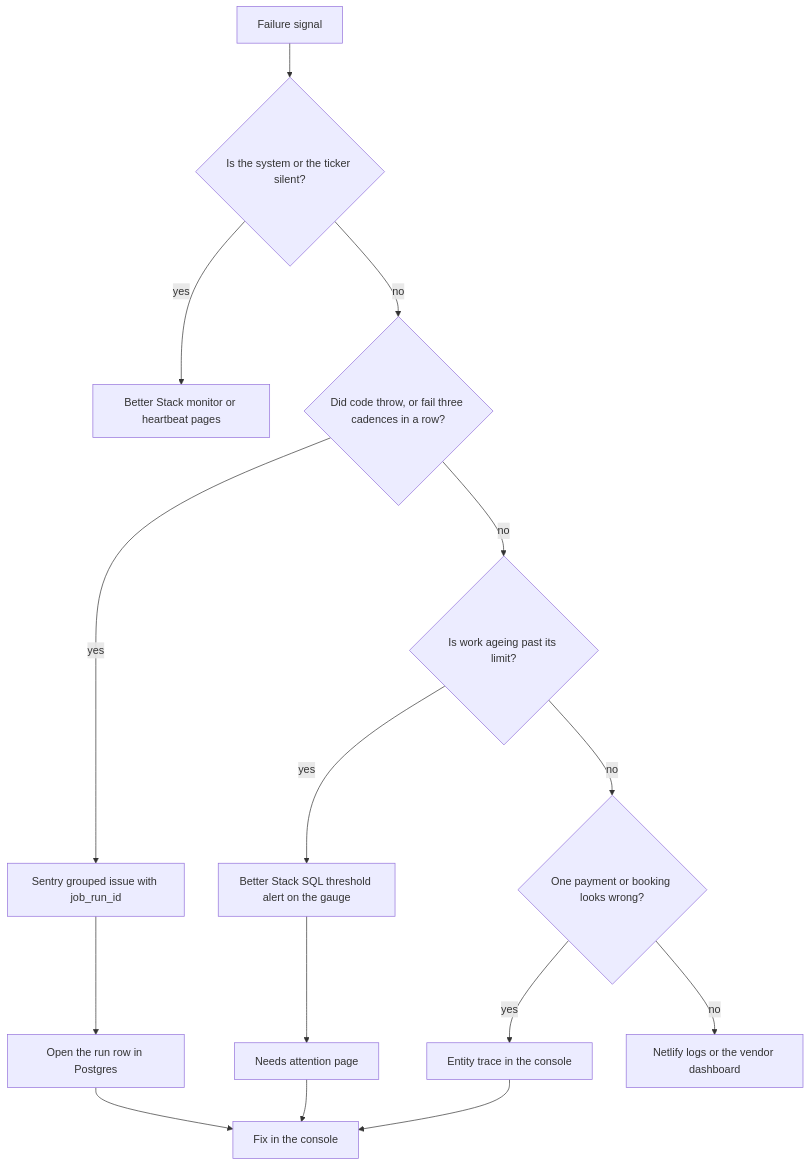
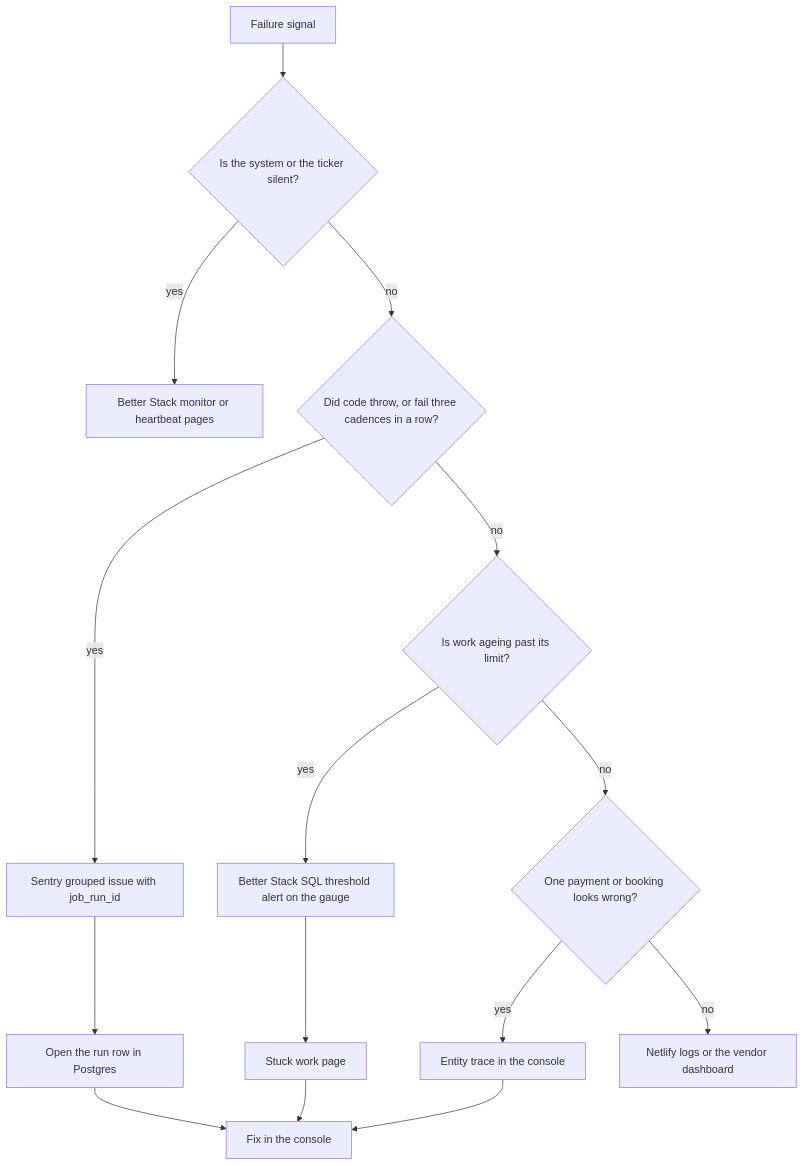
Before and after one commit to Practitionist/familiarise_web: the first of 2 diagrams in docs/observability/01-ownership-sentry-betterstack.md, drawn with Mermaid. The commit also changed other lines of this file and 12 other files, not shown here.

Commit message:
docs(observability): Stuck work inbox totals, newest items, deadline-based dispute ages and the rename

````diff
--- a/docs/observability/01-ownership-sentry-betterstack.md
+++ b/docs/observability/01-ownership-sentry-betterstack.md
@@ -49,17 +49,17 @@
 ```mermaid
 flowchart TD
     S[Failure signal] --> Q1{Is the system or the ticker silent?}
     Q1 -- yes --> BS[Better Stack monitor or heartbeat pages]
     Q1 -- no --> Q2{Did code throw, or fail three cadences in a row?}
     Q2 -- yes --> SE[Sentry grouped issue with job_run_id]
     SE --> RR[Open the run row in Postgres]
     Q2 -- no --> Q3{Is work ageing past its limit?}
     Q3 -- yes --> BG[Better Stack SQL threshold alert on the gauge]
-    BG --> INB[Needs attention page]
+    BG --> INB[Stuck work page]
     Q3 -- no --> Q4{One payment or booking looks wrong?}
     Q4 -- yes --> ET[Entity trace in the console]
     Q4 -- no --> NL[Netlify logs or the vendor dashboard]
     RR --> ACT[Fix in the console]
     INB --> ACT
     ET --> ACT
 ```
````
